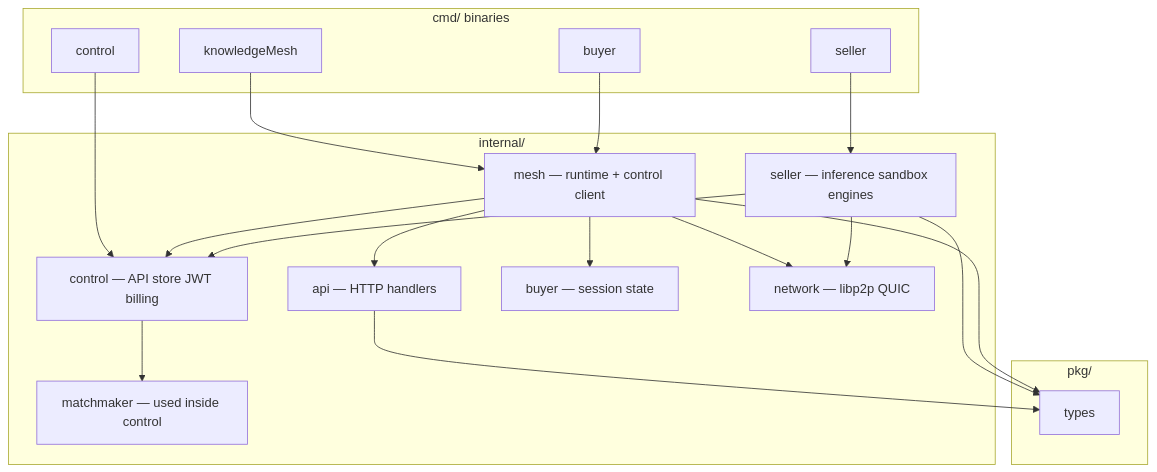
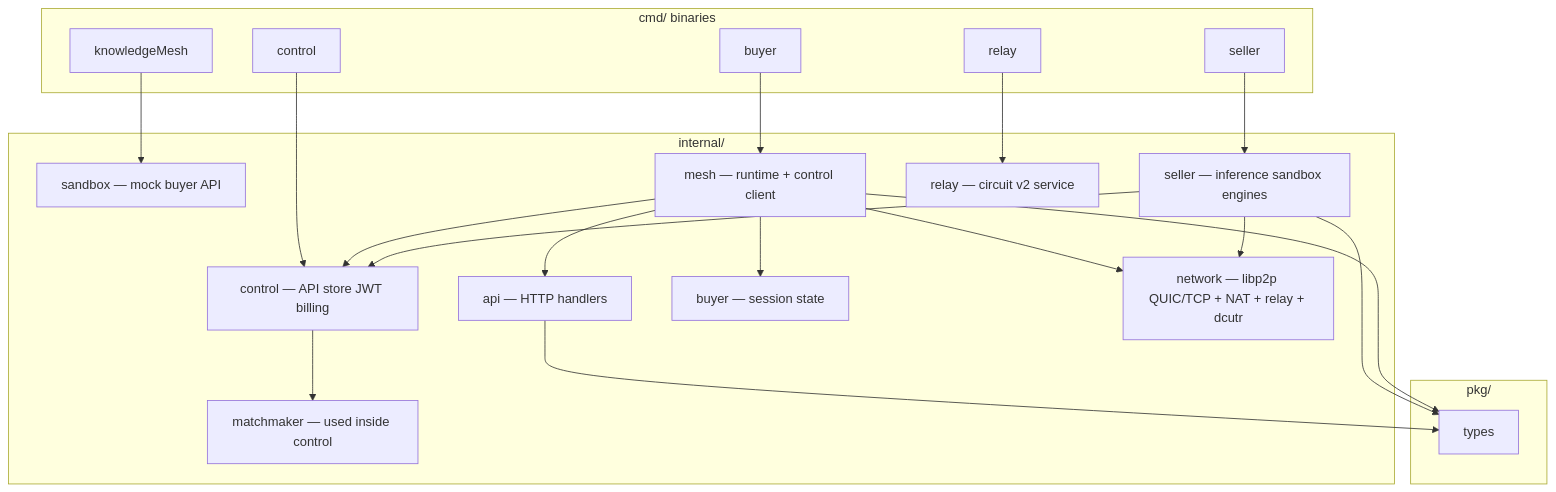
One commit to Knowledge-Mesh/knowledgeMesh changed the third of 6 diagrams in ARCHITECTURE.md. Above: the diagram before and after it, drawn with Mermaid. The commit also changed other lines of this file and 43 other files, not shown here.

First line of the commit message:
System/p2p for nat network (#53)

````diff
--- a/ARCHITECTURE.md
+++ b/ARCHITECTURE.md
@@ -72,38 +72,42 @@
 ```mermaid
 flowchart TB
   subgraph cmd["cmd/ binaries"]
     c1[knowledgeMesh]
     c2[buyer]
     c3[seller]
     c4[control]
+    c5[relay]
   end
 
   subgraph internal["internal/"]
+    i0[sandbox — mock buyer API]
     i1[control — API store JWT billing]
     i2[mesh — runtime + control client]
     i3[api — HTTP handlers]
     i4[seller — inference sandbox engines]
     i5[buyer — session state]
-    i6[network — libp2p QUIC]
+    i6[network — libp2p QUIC/TCP + NAT + relay + dcutr]
+    i8[relay — circuit v2 service]
     i7[matchmaker — used inside control]
   end
 
   subgraph pkg["pkg/"]
     p1[types]
   end
 
   c4 --> i1
-  c1 --> i2
+  c1 --> i0
   c2 --> i2
   c3 --> i4
+  c5 --> i8
   i2 --> i3
   i2 --> i6
   i2 --> i5
   i2 --> i1
   i4 --> i6
   i4 --> i1
   i1 --> i7
   i3 --> p1
   i4 --> p1
   i2 --> p1
 ```
````
